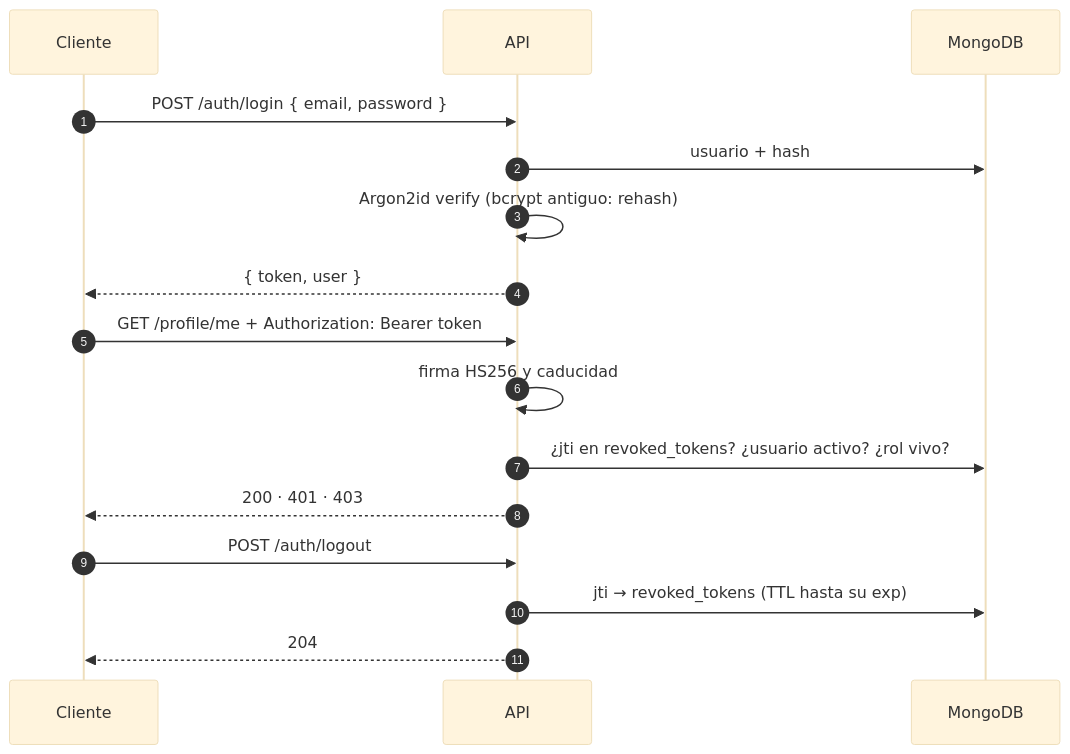
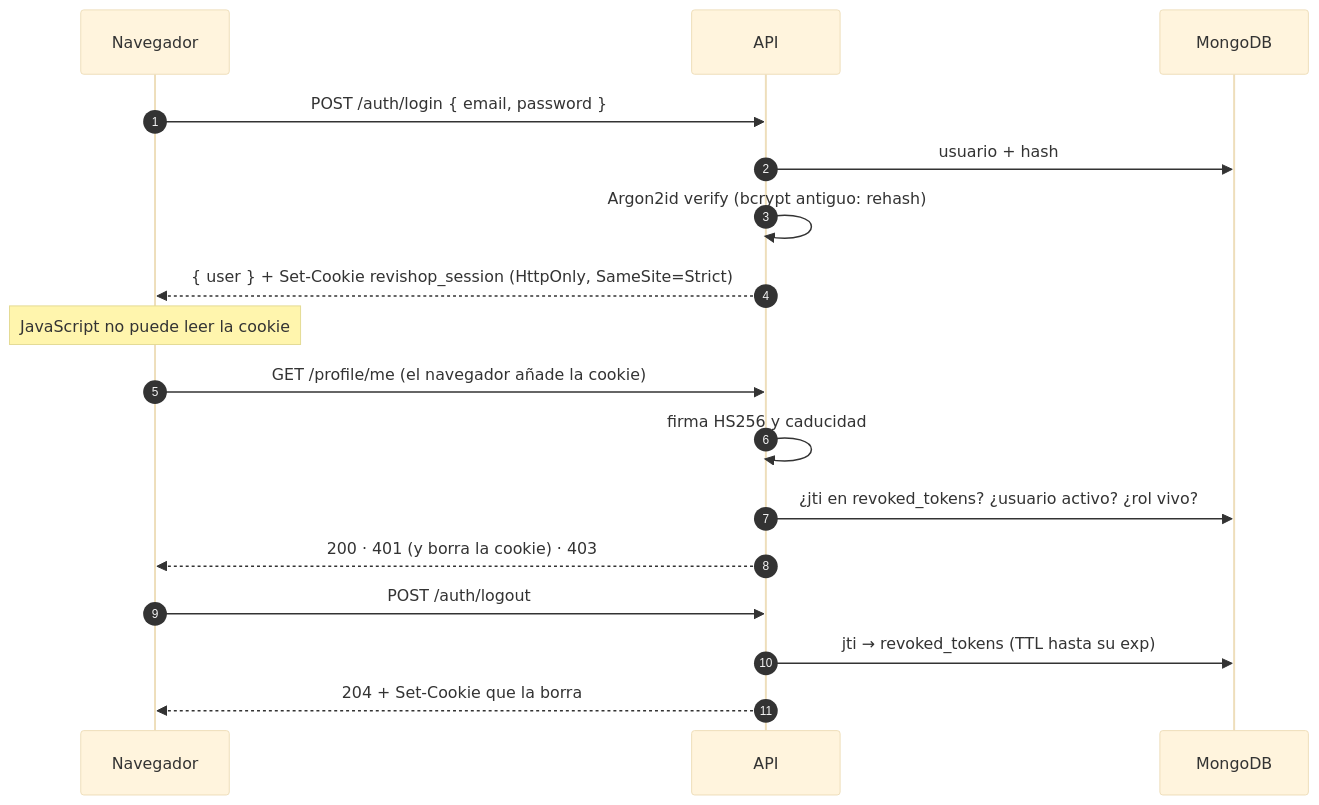
Before and after one commit to Yonderus/ReviShop-Tienda-Segunda-Mano: the second of 3 diagrams in secondhand-api/README.md, drawn with Mermaid (base theme). The commit also changed other lines of this file and 2 other files, not shown here.

Commit message:
docs: README, Postman y prompts actualizados a la sesión en cookie httpOnly (C3)

````diff
--- a/secondhand-api/README.md
+++ b/secondhand-api/README.md
@@ -139,18 +141,19 @@
 ```mermaid
 sequenceDiagram
     autonumber
-    participant C as Cliente
+    participant C as Navegador
     participant A as API
     participant DB as MongoDB
     C->>A: POST /auth/login { email, password }
     A->>DB: usuario + hash
     A->>A: Argon2id verify (bcrypt antiguo: rehash)
-    A-->>C: { token, user }
-    C->>A: GET /profile/me + Authorization: Bearer token
+    A-->>C: { user } + Set-Cookie revishop_session (HttpOnly, SameSite=Strict)
+    Note over C: JavaScript no puede leer la cookie
+    C->>A: GET /profile/me (el navegador añade la cookie)
     A->>A: firma HS256 y caducidad
     A->>DB: ¿jti en revoked_tokens? ¿usuario activo? ¿rol vivo?
-    A-->>C: 200 · 401 · 403
+    A-->>C: 200 · 401 (y borra la cookie) · 403
     C->>A: POST /auth/logout
     A->>DB: jti → revoked_tokens (TTL hasta su exp)
-    A-->>C: 204
+    A-->>C: 204 + Set-Cookie que la borra
 ```
````
